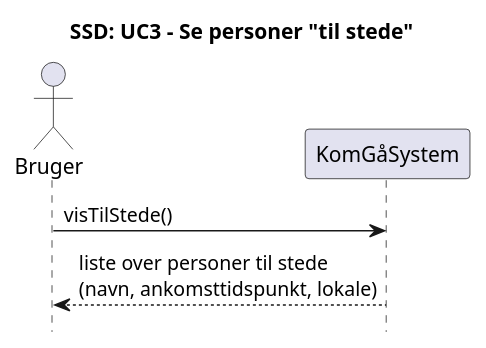
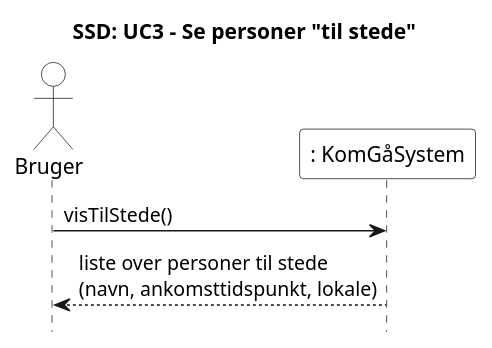
Before and after one commit to albla20/HydacTeamA4: the diagram in Artifacts/SSD/ssd-uc3-se-personer-til-stede.puml, drawn with PlantUML. The commit also changed 8 other files, not shown here.

```diff
--- a/Artifacts/SSD/ssd-uc3-se-personer-til-stede.puml
+++ b/Artifacts/SSD/ssd-uc3-se-personer-til-stede.puml
@@ -1,13 +1,13 @@
 @startuml UC3
 title SSD: UC3 - Se personer "til stede"
 hide footbox
 skinparam sequenceMessageAlign left
 skinparam responseMessageBelowArrow true
 
-actor "Bruger" as bruger
-participant "KomGåSystem" as sys
+actor "Bruger" as bruger #White
+participant ": KomGåSystem" as sys #White
 
 bruger -> sys : visTilStede()
 sys --> bruger : liste over personer til stede\n(navn, ankomsttidspunkt, lokale)
 
 @enduml
```
